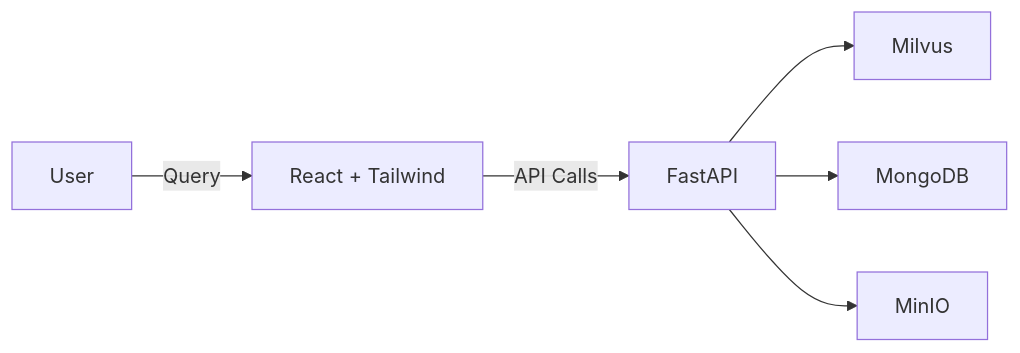
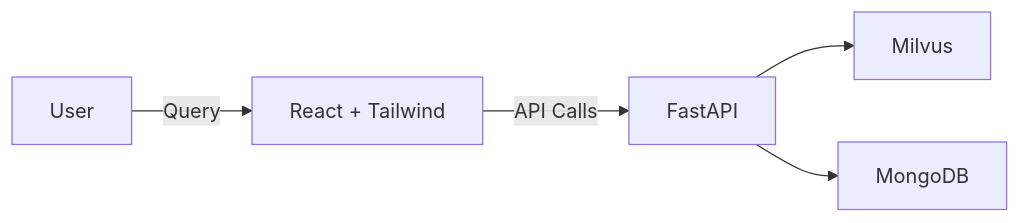
The diagram in README.md (ThanhDanh1510/Image-Retrieval-System-for-AIC2025), drawn with Mermaid before and after one commit. The commit also changed other lines of this file, not shown here.

`````diff
--- a/README.md
+++ b/README.md
@@ -15,8 +14,7 @@
 ```mermaid
 flowchart LR
     User[User] -->|Query| Frontend[React + Tailwind]
     Frontend -->|API Calls| Backend[FastAPI]
     Backend --> Milvus
     Backend --> MongoDB
-    Backend --> MinIO
 ````
`````
